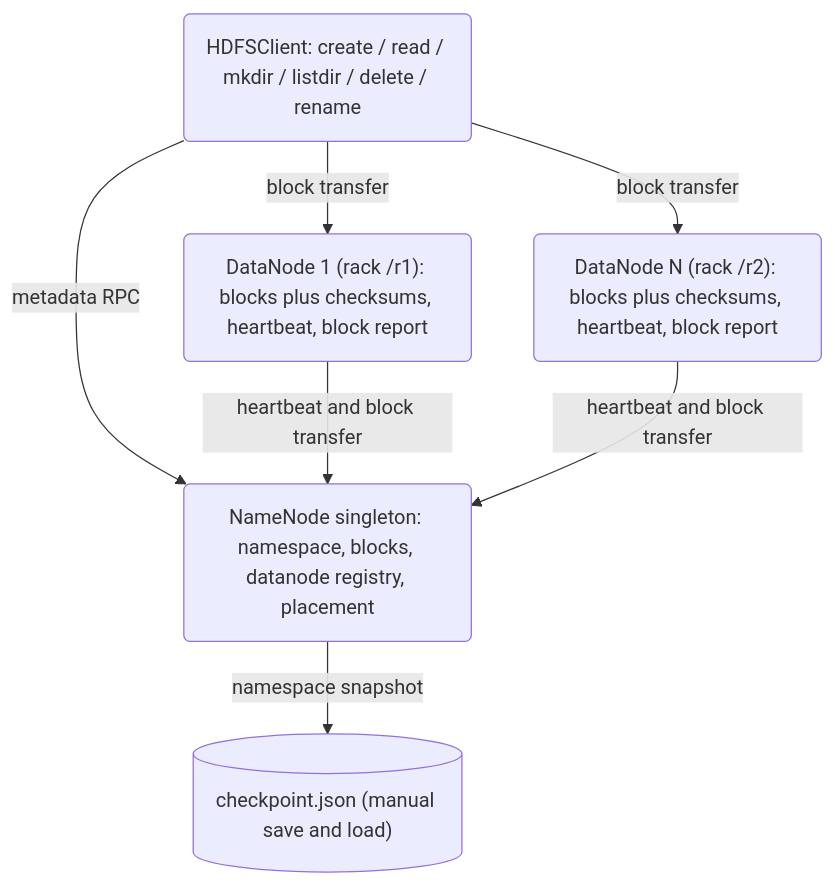
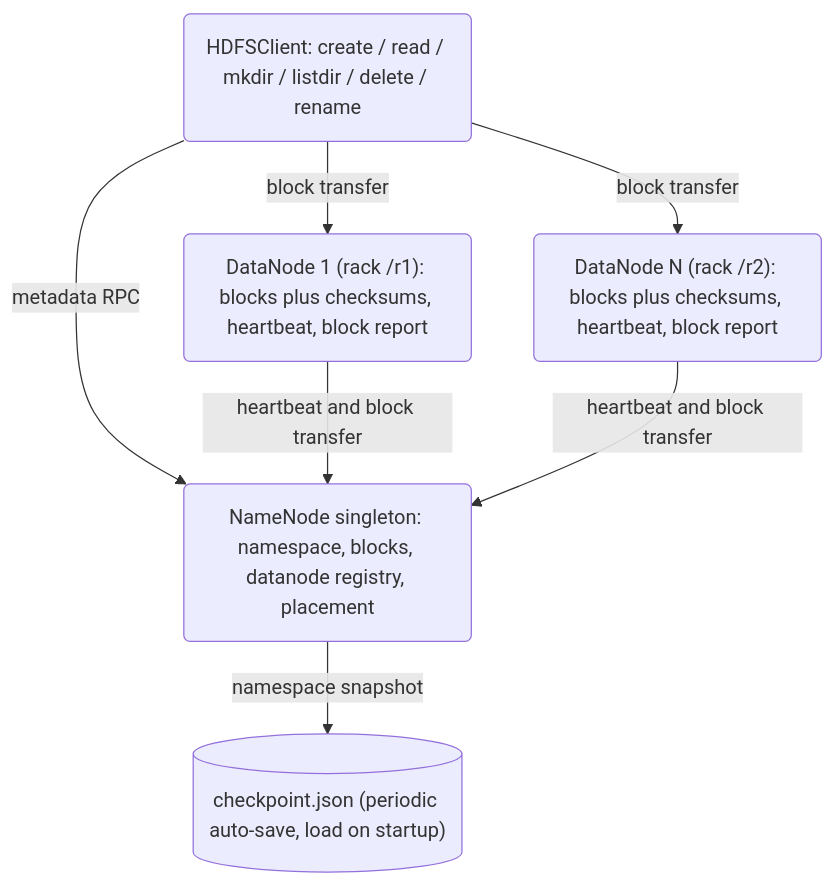
The diagram in 34-distributed-file-system/docs/BLUEPRINT.md (jchu0/applied-cs-projects), drawn with Mermaid before and after one commit. The commit also changed other lines of this file and 6 other files, not shown here.

````diff
--- a/34-distributed-file-system/docs/BLUEPRINT.md
+++ b/34-distributed-file-system/docs/BLUEPRINT.md
@@ -47,15 +49,15 @@
 ```mermaid
 flowchart TD
     Client("HDFSClient: create / read / mkdir / listdir / delete / rename")
     NameNode("NameNode singleton: namespace, blocks, datanode registry, placement")
     DN1("DataNode 1 (rack /r1): blocks plus checksums, heartbeat, block report")
     DNN("DataNode N (rack /r2): blocks plus checksums, heartbeat, block report")
-    Snapshot[("checkpoint.json (manual save and load)")]
+    Snapshot[("checkpoint.json (periodic auto-save, load on startup)")]
 
     Client -- metadata RPC --> NameNode
     Client -- block transfer --> DN1
     Client -- block transfer --> DNN
     DN1 -- heartbeat and block transfer --> NameNode
     DNN -- heartbeat and block transfer --> NameNode
     NameNode -- namespace snapshot --> Snapshot
 ```
````
